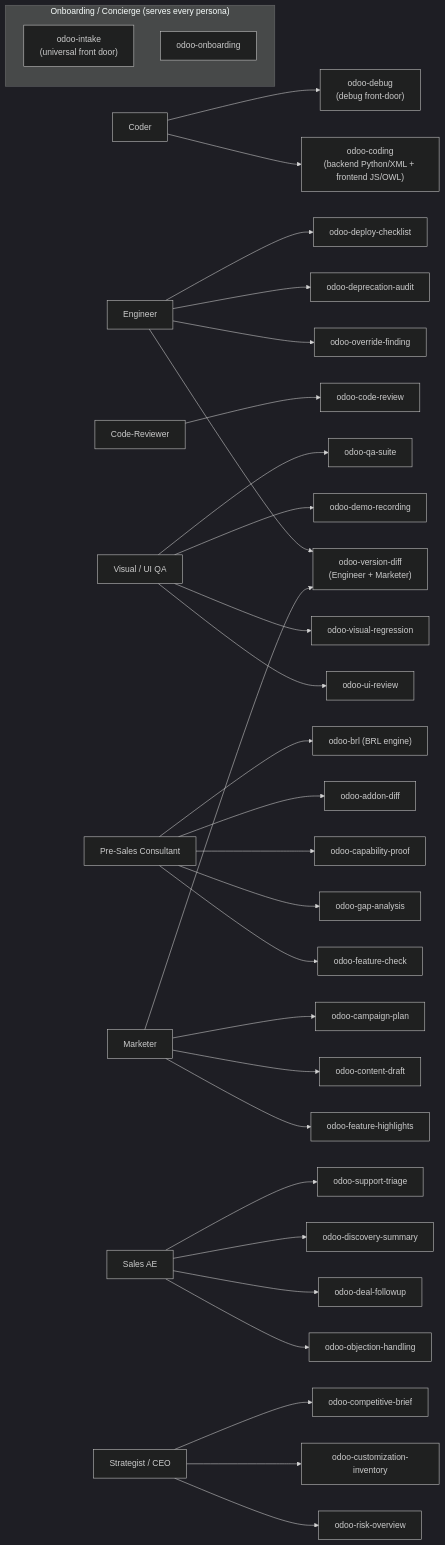
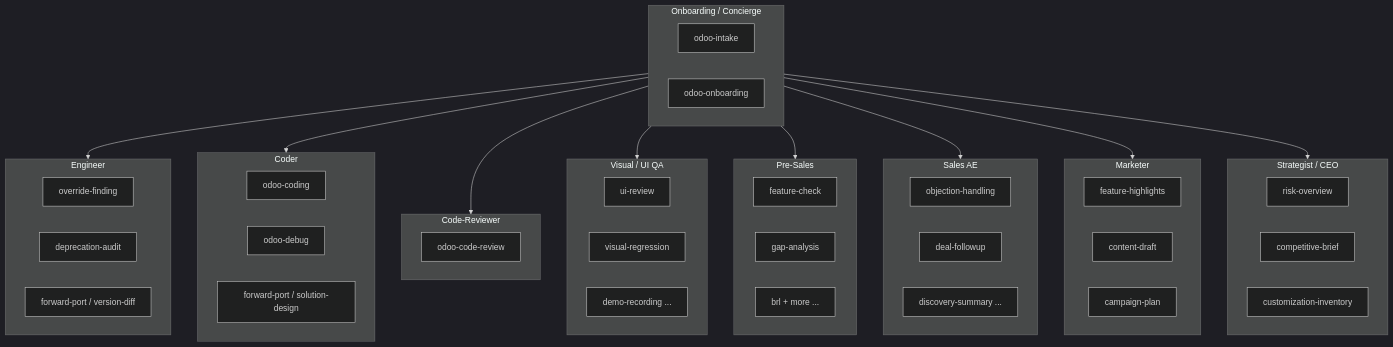
One commit to Viindoo/odoo-mcp-client changed the first of 6 diagrams in plugins/odoo-ai-agents/README.md. Above: the diagram before and after it, drawn with Mermaid (dark theme). The commit also changed other lines of this file and 25 other files, not shown here.

````diff
--- a/plugins/odoo-ai-agents/README.md
+++ b/plugins/odoo-ai-agents/README.md
@@ -48,44 +54,62 @@
 ```mermaid
-flowchart LR
-    subgraph concierge["Onboarding / Concierge (serves every persona)"]
-        odoo_intake_skill["odoo-intake<br/>(universal front door)"]
+flowchart TD
+    subgraph concierge["Onboarding / Concierge"]
+        intake["odoo-intake"]
         onboard["odoo-onboarding"]
     end
 
-    eng["Engineer"] --> override["odoo-override-finding"]
-    eng --> deprecation["odoo-deprecation-audit"]
-    eng --> deploy["odoo-deploy-checklist"]
+    subgraph eng_grp["Engineer"]
+        eng_a["override-finding"]
+        eng_b["deprecation-audit"]
+        eng_c["forward-port / version-diff"]
+    end
 
-    coder["Coder"] --> coding["odoo-coding<br/>(backend Python/XML + frontend JS/OWL)"]
-    coder --> dbg["odoo-debug<br/>(debug front-door)"]
+    subgraph coder_grp["Coder"]
+        cod_a["odoo-coding"]
+        cod_b["odoo-debug"]
+        cod_c["forward-port / solution-design"]
+    end
 
-    rev["Code-Reviewer"] --> reviewer["odoo-code-review"]
+    subgraph rev_grp["Code-Reviewer"]
+        rev_a["odoo-code-review"]
+    end
 
-    qa["Visual / UI QA"] --> uirev["odoo-ui-review"]
-    qa --> visreg["odoo-visual-regression"]
-    qa --> demo["odoo-demo-recording"]
-    qa --> qasuite["odoo-qa-suite"]
+    subgraph qa_grp["Visual / UI QA"]
+        qa_a["ui-review"]
+        qa_b["visual-regression"]
+        qa_c["demo-recording ..."]
+    end
 
-    presales["Pre-Sales Consultant"] --> featchk["odoo-feature-check"]
-    presales --> gap["odoo-gap-analysis"]
-    presales --> cap["odoo-capability-proof"]
-    presales --> addon["odoo-addon-diff"]
-    presales --> brl["odoo-brl (BRL engine)"]
+    subgraph presales_grp["Pre-Sales"]
+        ps_a["feature-check"]
+        ps_b["gap-analysis"]
+        ps_c["brl + more ..."]
+    end
 
-    sales["Sales AE"] --> obj["odoo-objection-handling"]
-    sales --> followup["odoo-deal-followup"]
-    sales --> disc["odoo-discovery-summary"]
-    sales --> support["odoo-support-triage"]
+    subgraph sales_grp["Sales AE"]
+        sa_a["objection-handling"]
+        sa_b["deal-followup"]
+        sa_c["discovery-summary ..."]
+    end
 
-    mkt["Marketer"] --> highlights["odoo-feature-highlights"]
-    mkt --> content["odoo-content-draft"]
-    mkt --> campaign["odoo-campaign-plan"]
+    subgraph mkt_grp["Marketer"]
+        mk_a["feature-highlights"]
+        mk_b["content-draft"]
+        mk_c["campaign-plan"]
+    end
 
-    strat["Strategist / CEO"] --> risk["odoo-risk-overview"]
-    strat --> inv["odoo-customization-inventory"]
-    strat --> comp["odoo-competitive-brief"]
+    subgraph strat_grp["Strategist / CEO"]
+        st_a["risk-overview"]
+        st_b["competitive-brief"]
+        st_c["customization-inventory"]
+    end
 
-    vdiff["odoo-version-diff<br/>(Engineer + Marketer)"]
-    eng --> vdiff
-    mkt --> vdiff
+    concierge --> eng_grp
+    concierge --> coder_grp
+    concierge --> rev_grp
+    concierge --> qa_grp
+    concierge --> presales_grp
+    concierge --> sales_grp
+    concierge --> mkt_grp
+    concierge --> strat_grp
 ```
````
